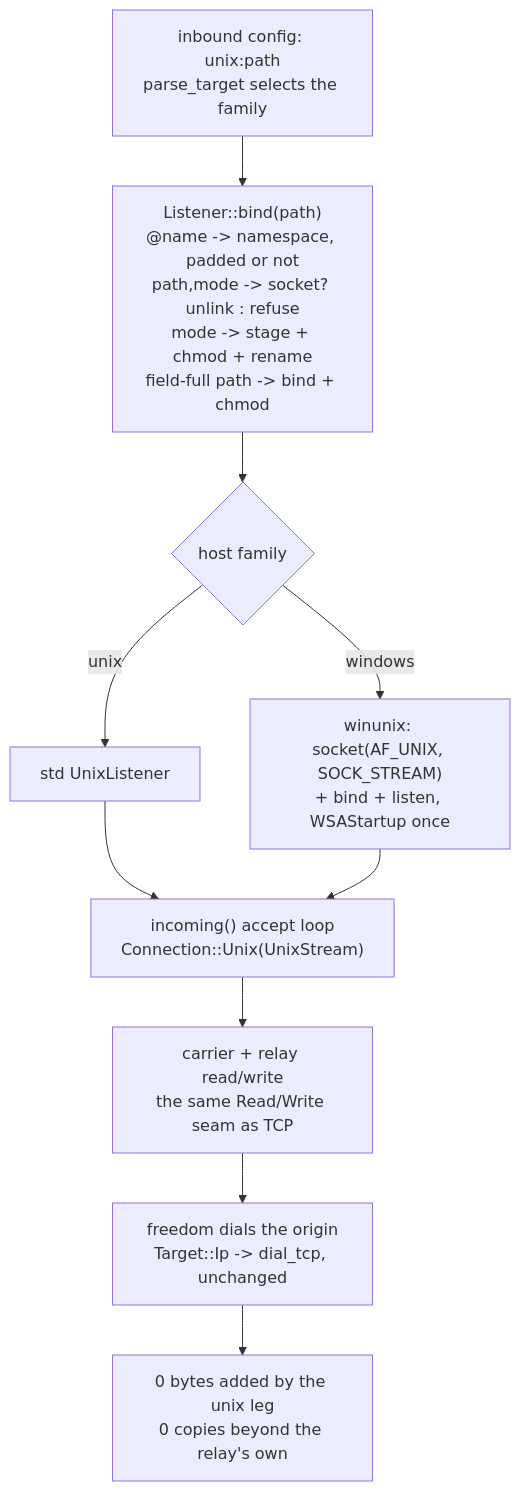
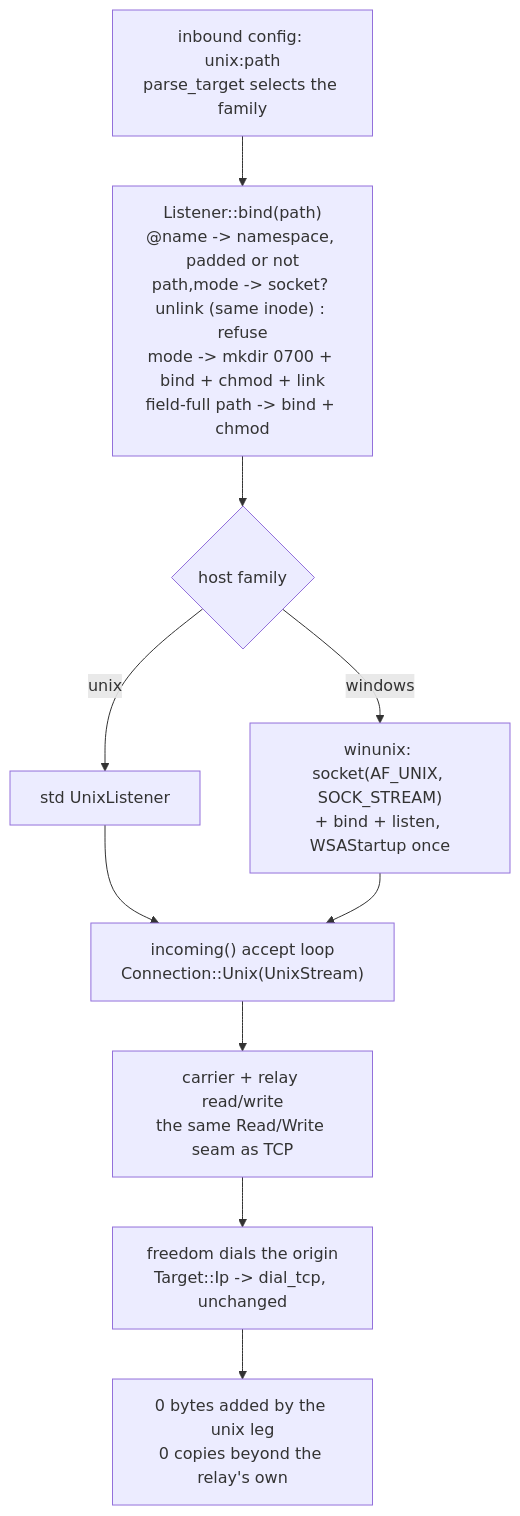
Before and after one commit to Ferrocite/ferrox: the diagram in docs/function/unix.md, drawn with Mermaid. The commit also changed other lines of this file and 2 other files, not shown here.

First line of the commit message:
unix: stage the mode in a private directory and link it into place (#1546)

````diff
--- a/docs/function/unix.md
+++ b/docs/function/unix.md
@@ -15,12 +15,12 @@
 ```mermaid
 graph TD
-    A["inbound config: unix:path<br/>parse_target selects the family"] --> B["Listener::bind(path)<br/>@name -> namespace, padded or not<br/>path,mode -> socket? unlink : refuse<br/>mode -> stage + chmod + rename<br/>field-full path -> bind + chmod"]
+    A["inbound config: unix:path<br/>parse_target selects the family"] --> B["Listener::bind(path)<br/>@name -> namespace, padded or not<br/>path,mode -> socket? unlink (same inode) : refuse<br/>mode -> mkdir 0700 + bind + chmod + link<br/>field-full path -> bind + chmod"]
     B --> W{"host family"}
     W -->|"unix"| B1["std UnixListener"]
     W -->|"windows"| B2["winunix: socket(AF_UNIX, SOCK_STREAM)<br/>+ bind + listen, WSAStartup once"]
     B1 --> I["incoming() accept loop<br/>Connection::Unix(UnixStream)"]
     B2 --> I
     I --> C["carrier + relay read/write<br/>the same Read/Write seam as TCP"]
     C --> D["freedom dials the origin<br/>Target::Ip -> dial_tcp, unchanged"]
     D --> Z["0 bytes added by the unix leg<br/>0 copies beyond the relay's own"]
 ```
````
